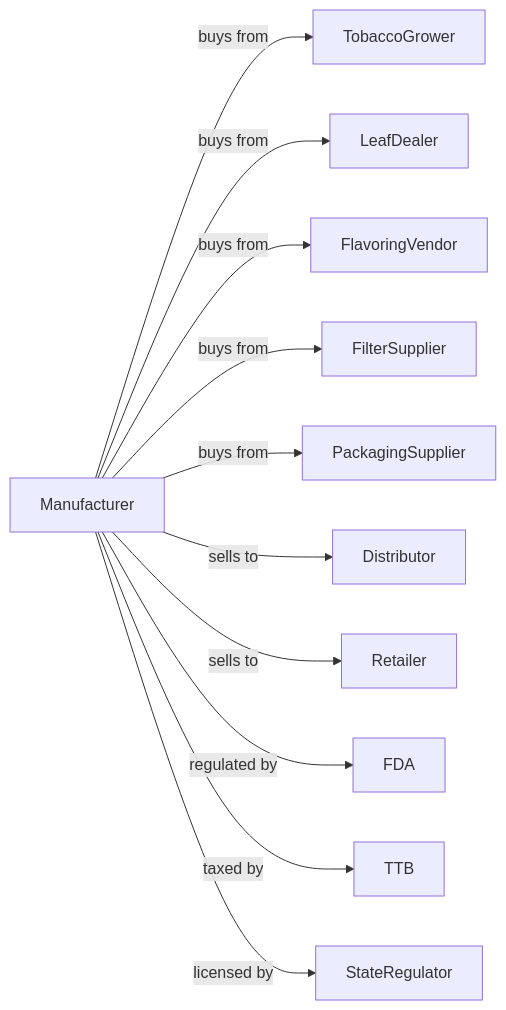
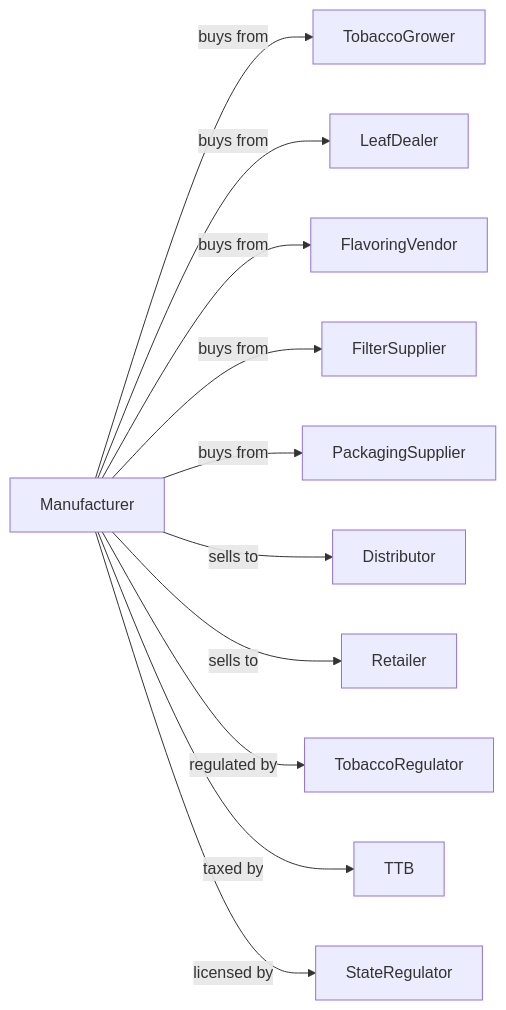
The second of 2 diagrams in Manufacturing/BeverageAndTobaccoProductManufacturing/TobaccoManufacturing/TobaccoManufacturing.mdx (dot-org-ai/industries.org.ai), drawn with Mermaid before and after one commit. The commit also changed other lines of this file and 639 other files, not shown here.

````diff
--- a/Manufacturing/BeverageAndTobaccoProductManufacturing/TobaccoManufacturing/TobaccoManufacturing.mdx
+++ b/Manufacturing/BeverageAndTobaccoProductManufacturing/TobaccoManufacturing/TobaccoManufacturing.mdx
@@ -144,15 +144,15 @@
 ```mermaid
 graph LR
     M[Manufacturer]
 
     M -->|buys from| TobaccoGrower
     M -->|buys from| LeafDealer
     M -->|buys from| FlavoringVendor
     M -->|buys from| FilterSupplier
     M -->|buys from| PackagingSupplier
     M -->|sells to| Distributor
     M -->|sells to| Retailer
-    M -->|regulated by| FDA
+    M -->|regulated by| TobaccoRegulator
     M -->|taxed by| TTB
     M -->|licensed by| StateRegulator
 ```
````
